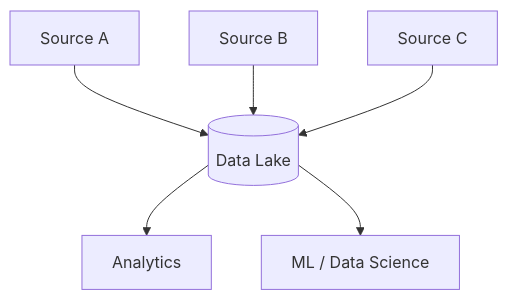
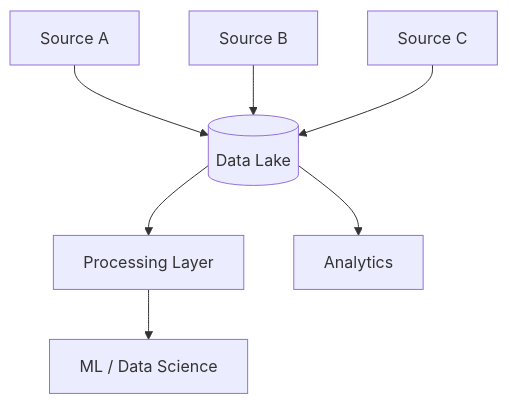
The diagram in Patterns/fragmented/polyglot-persistence/data-lake.md (kholcomb/Architecture), drawn with Mermaid before and after one commit. The commit also changed 11 other files, not shown here.

Commit message:
diagram fixes

````diff
--- a/Patterns/fragmented/polyglot-persistence/data-lake.md
+++ b/Patterns/fragmented/polyglot-persistence/data-lake.md
@@ -13,14 +13,16 @@
 ```mermaid
 graph TD
     SA[Source A]
     SB[Source B]
     SC[Source C]
     DL[(Data Lake)]
+    PROC[Processing Layer]
     AN[Analytics]
     ML[ML / Data Science]
     SA --> DL
     SB --> DL
     SC --> DL
     DL --> AN
-    DL --> ML
+    DL --> PROC
+    PROC --> ML
 ```
````
